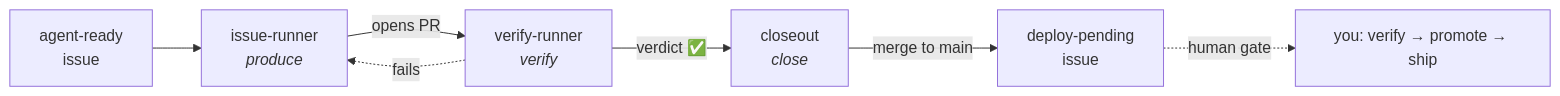
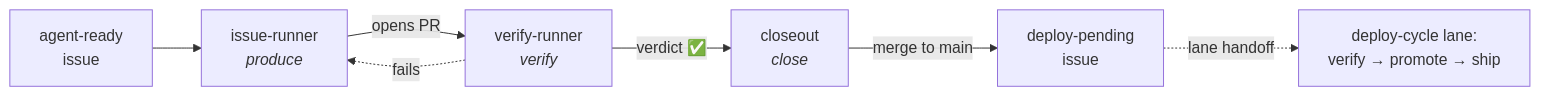
The first of 2 diagrams in README.md (ggqgga/issue-runner), drawn with Mermaid before and after one commit. The commit also changed other lines of this file and 4 other files, not shown here.

First line of the commit message:
'사람 게이트' 잔여 두 자리 — README 한/영 배포 절 + closeout 5단계 진입 조건을 deploy-cycle 레인 주어로 (#310) (#326)

````diff
--- a/README.md
+++ b/README.md
@@ -129,9 +129,9 @@
 ```mermaid
 flowchart LR
   A["agent-ready<br/>issue"] --> R["issue-runner<br/><i>produce</i>"]
   R -->|opens PR| V["verify-runner<br/><i>verify</i>"]
   V -->|"verdict ✅"| C["closeout<br/><i>close</i>"]
   C -->|merge to main| G["deploy-pending<br/>issue"]
-  G -.->|human gate| D["you: verify → promote → ship"]
+  G -.->|lane handoff| D["deploy-cycle lane:<br/>verify → promote → ship"]
   V -.->|fails| R
 ```
````
